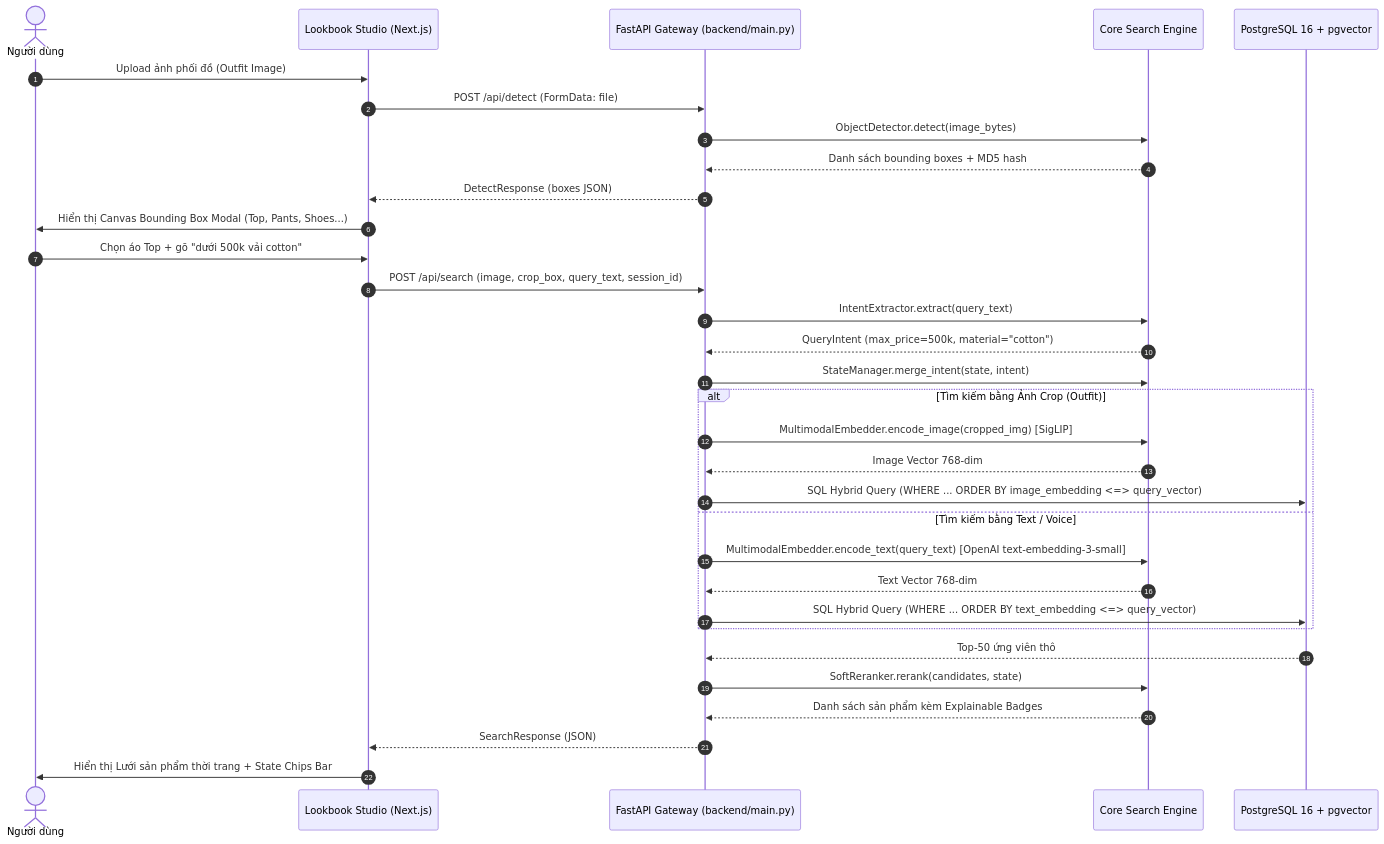
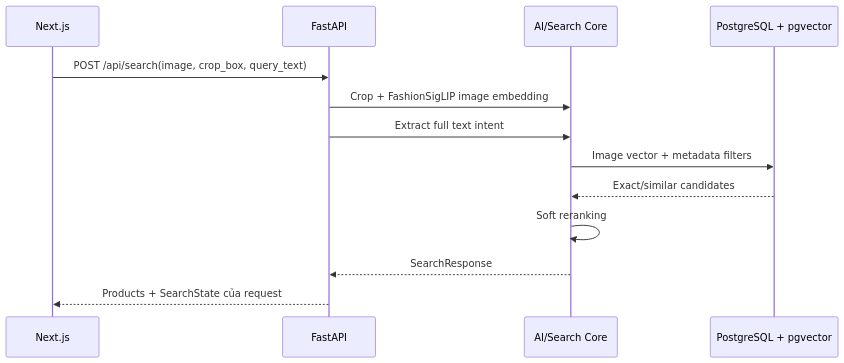
The second of 2 diagrams in docs/01-technical/02-app-architecture.md (Michael-Dung-IsMe/search-system), drawn with Mermaid before and after one commit. The commit also changed other lines of this file and 52 other files, not shown here.

````diff
--- a/docs/01-technical/02-app-architecture.md
+++ b/docs/01-technical/02-app-architecture.md
@@ -112,36 +56,16 @@
 ```mermaid
 sequenceDiagram
-    autonumber
-    actor User as Người dùng
-    participant UI as Lookbook Studio (Next.js)
-    participant API as FastAPI Gateway (backend/main.py)
-    participant Core as Core Search Engine
-    participant DB as PostgreSQL 16 + pgvector
+    participant UI as Next.js
+    participant API as FastAPI
+    participant Core as AI/Search Core
+    participant DB as PostgreSQL + pgvector
 
-    User->>UI: Upload ảnh phối đồ (Outfit Image)
-    UI->>API: POST /api/detect (FormData: file)
-    API->>Core: ObjectDetector.detect(image_bytes)
-    Core-->>API: Danh sách bounding boxes + MD5 hash
-    API-->>UI: DetectResponse (boxes JSON)
-    UI->>User: Hiển thị Canvas Bounding Box Modal (Top, Pants, Shoes...)
-    
-    User->>UI: Chọn áo Top + gõ "dưới 500k vải cotton"
-    UI->>API: POST /api/search (image, crop_box, query_text, session_id)
-    API->>Core: IntentExtractor.extract(query_text)
-    Core-->>API: QueryIntent (max_price=500k, material="cotton")
-    API->>Core: StateManager.merge_intent(state, intent)
-    alt Tìm kiếm bằng Ảnh Crop (Outfit)
-        API->>Core: MultimodalEmbedder.encode_image(cropped_img) [SigLIP]
-        Core-->>API: Image Vector 768-dim
-        API->>DB: SQL Hybrid Query (WHERE ... ORDER BY image_embedding <=> query_vector)
-    else Tìm kiếm bằng Text / Voice
-        API->>Core: MultimodalEmbedder.encode_text(query_text) [OpenAI text-embedding-3-small]
-        Core-->>API: Text Vector 768-dim
-        API->>DB: SQL Hybrid Query (WHERE ... ORDER BY text_embedding <=> query_vector)
-    end
-    DB-->>API: Top-50 ứng viên thô
-    API->>Core: SoftReranker.rerank(candidates, state)
-    Core-->>API: Danh sách sản phẩm kèm Explainable Badges
-    API-->>UI: SearchResponse (JSON)
-    UI->>User: Hiển thị Lưới sản phẩm thời trang + State Chips Bar
+    UI->>API: POST /api/search(image, crop_box, query_text)
+    API->>Core: Crop + FashionSigLIP image embedding
+    API->>Core: Extract full text intent
+    Core->>DB: Image vector + metadata filters
+    DB-->>Core: Exact/similar candidates
+    Core->>Core: Soft reranking
+    Core-->>API: SearchResponse
+    API-->>UI: Products + SearchState của request
 ```
````
